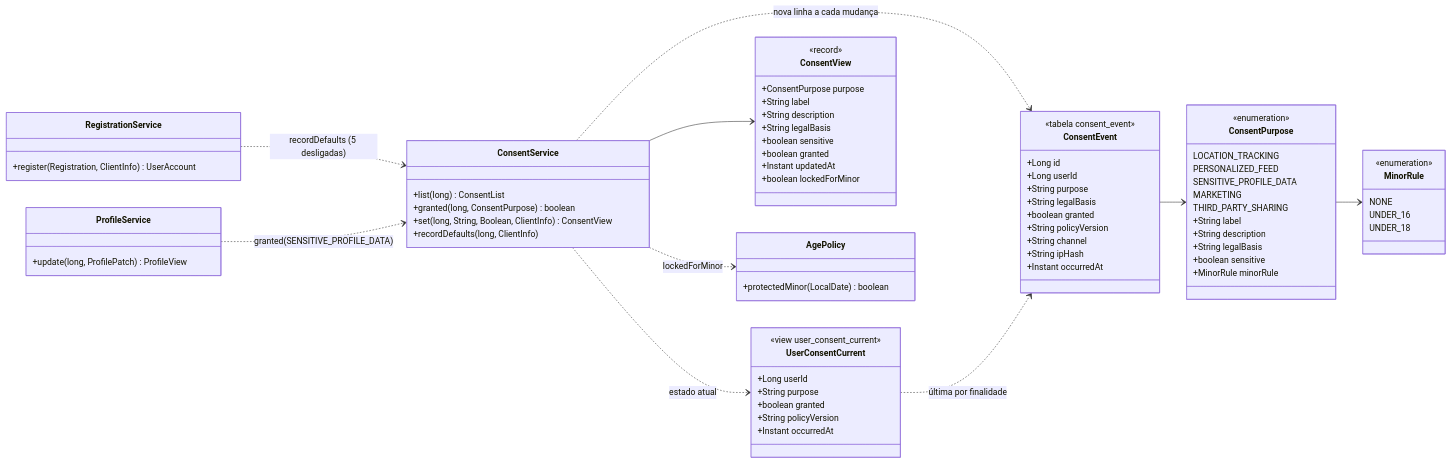
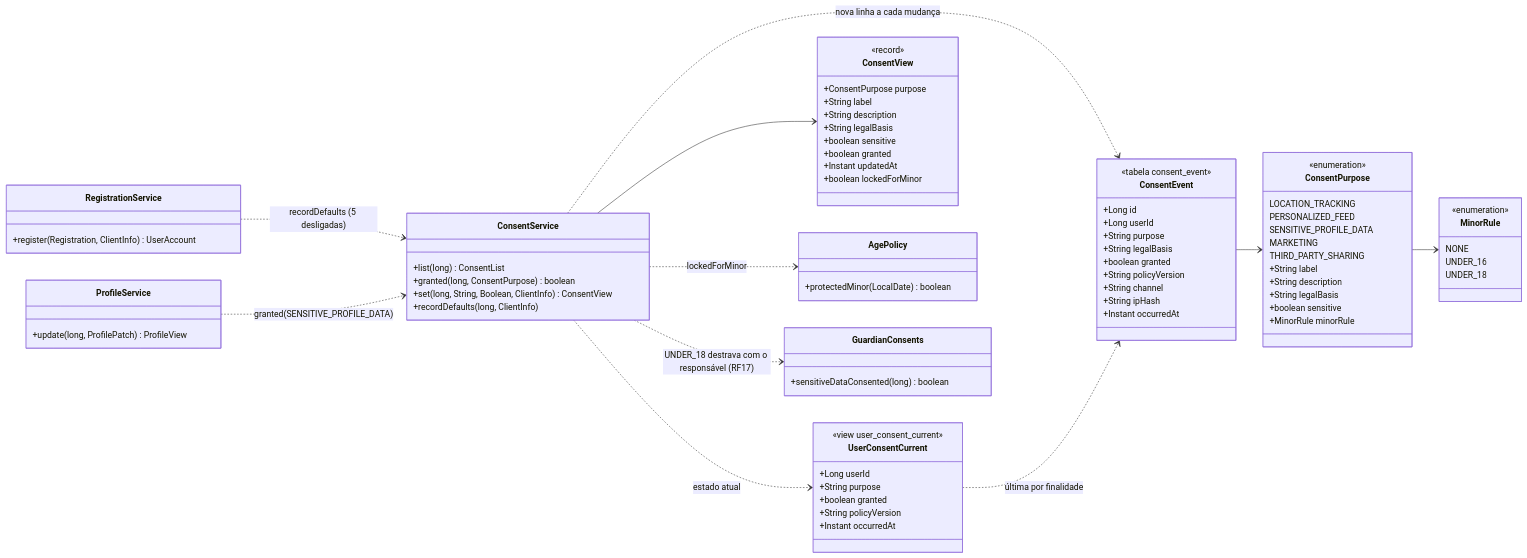
The diagram in docs/RF3/classes.md (MatheusHaliski/Friendly-Eats), drawn with Mermaid before and after one commit. The commit also changed 71 other files, not shown here.

````diff
--- a/docs/RF3/classes.md
+++ b/docs/RF3/classes.md
@@ -3,78 +3,82 @@
 ```mermaid
 classDiagram
     direction LR
     class ConsentEvent {
         <<tabela consent_event>>
         +Long id
         +Long userId
         +String purpose
         +String legalBasis
         +boolean granted
         +String policyVersion
         +String channel
         +String ipHash
         +Instant occurredAt
     }
     class UserConsentCurrent {
         <<view user_consent_current>>
         +Long userId
         +String purpose
         +boolean granted
         +String policyVersion
         +Instant occurredAt
     }
     class ConsentPurpose {
         <<enumeration>>
         LOCATION_TRACKING
         PERSONALIZED_FEED
         SENSITIVE_PROFILE_DATA
         MARKETING
         THIRD_PARTY_SHARING
         +String label
         +String description
         +String legalBasis
         +boolean sensitive
         +MinorRule minorRule
     }
     class MinorRule {
         <<enumeration>>
         NONE
         UNDER_16
         UNDER_18
     }
     class ConsentService {
         +list(long) ConsentList
         +granted(long, ConsentPurpose) boolean
         +set(long, String, Boolean, ClientInfo) ConsentView
         +recordDefaults(long, ClientInfo)
     }
     class ConsentView {
         <<record>>
         +ConsentPurpose purpose
         +String label
         +String description
         +String legalBasis
         +boolean sensitive
         +boolean granted
         +Instant updatedAt
         +boolean lockedForMinor
     }
     class RegistrationService {
         +register(Registration, ClientInfo) UserAccount
     }
     class ProfileService {
         +update(long, ProfilePatch) ProfileView
     }
     class AgePolicy {
         +protectedMinor(LocalDate) boolean
     }
+    class GuardianConsents {
+        +sensitiveDataConsented(long) boolean
+    }
     RegistrationService ..> ConsentService : recordDefaults (5 desligadas)
     ProfileService ..> ConsentService : granted(SENSITIVE_PROFILE_DATA)
     ConsentService ..> AgePolicy : lockedForMinor
+    ConsentService ..> GuardianConsents : UNDER_18 destrava com o responsável (RF17)
     ConsentService ..> ConsentEvent : nova linha a cada mudança
     ConsentService ..> UserConsentCurrent : estado atual
     ConsentService --> ConsentView
     UserConsentCurrent ..> ConsentEvent : última por finalidade
     ConsentEvent --> ConsentPurpose
     ConsentPurpose --> MinorRule
 ```
````
